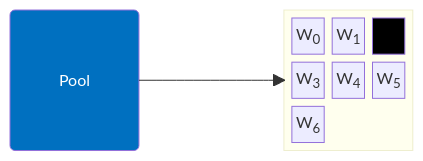
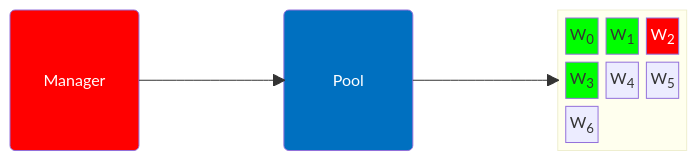
Before and after one commit to duclos-cavalcanti/TreeBuilder: the second of 6 diagrams in docs/slidev/slides/Workflow-2.0.md, drawn with Mermaid. The commit also changed other lines of this file and 11 other files, not shown here.

````diff
--- a/docs/slidev/slides/Workflow-2.0.md
+++ b/docs/slidev/slides/Workflow-2.0.md
@@ -41,18 +43,27 @@
 ```mermaid
 block-beta
+    M("<font color=white>Manager")
+    space
     P("<font color=white>Pool ")
     space
     block:workers
         columns 3
         W0["W<sub>0</sub>"] 
         W1["W<sub>1</sub>"]
-        W2["<font color=black>W<sub>2</sub>"]
+        W2["<font color=white>W<sub>2</sub>"]
         W3["W<sub>3</sub>"]
         W4["W<sub>4</sub>"]
         W5["W<sub>5</sub>"]
         W6["W<sub>6</sub>"]
+        style P fill:#0070C0
+        style W2 fill:#FF0000
+        style W0 fill:#00FF00
+        style W1 fill:#00FF00
+        style W3 fill:#00FF00
     end
+    M-->P
     P-->workers
+
+    style M fill:#FF0000
     style P fill:#0070C0
-    style W2 fill:#000000
 ```
````
